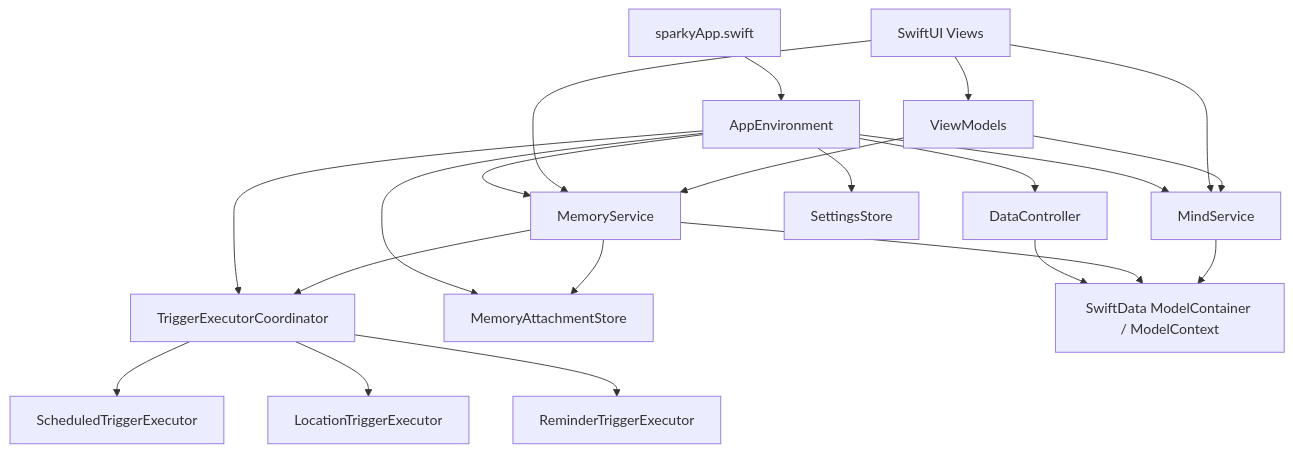
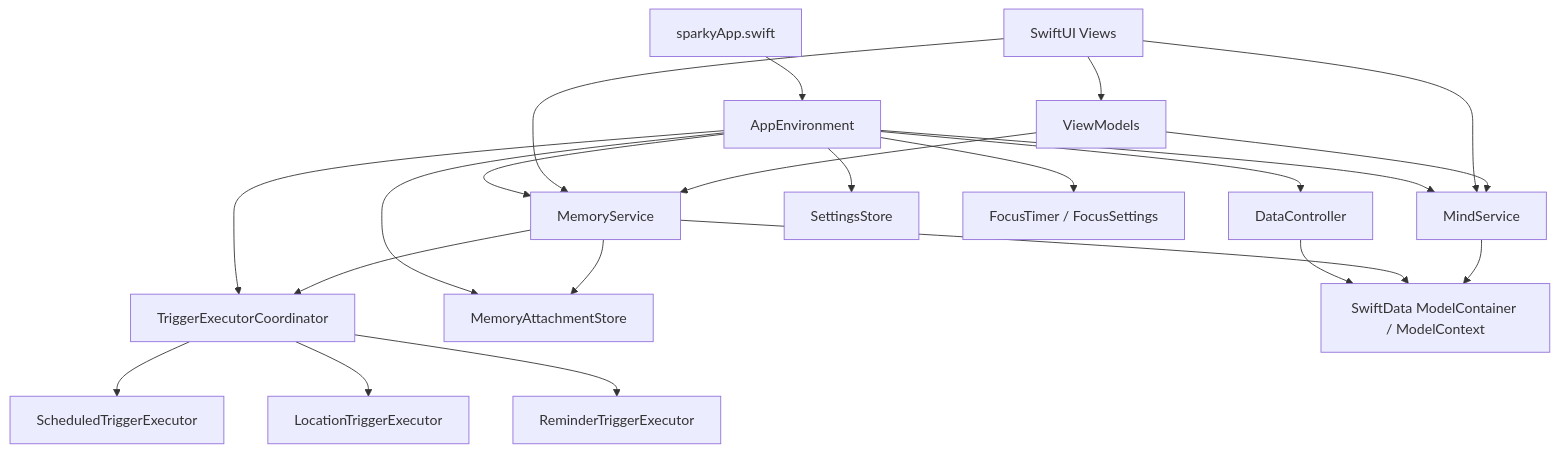
The diagram in docs/architecture.md (rckbrcls/sparky), drawn with Mermaid before and after one commit. The commit also changed other lines of this file and 104 other files, not shown here.

Commit message:
Refactor app architecture and modernize trigger handling

````diff
--- a/docs/architecture.md
+++ b/docs/architecture.md
@@ -7,26 +7,27 @@
 ```mermaid
 flowchart TD
     App["sparkyApp.swift"] --> Environment["AppEnvironment"]
     Environment --> Data["DataController"]
     Environment --> MemoryService["MemoryService"]
     Environment --> MindService["MindService"]
     Environment --> Coordinator["TriggerExecutorCoordinator"]
     Environment --> AttachmentStore["MemoryAttachmentStore"]
     Environment --> Settings["SettingsStore"]
 
     Data --> SwiftData["SwiftData ModelContainer / ModelContext"]
     MemoryService --> SwiftData
     MindService --> SwiftData
     MemoryService --> AttachmentStore
     MemoryService --> Coordinator
 
     Coordinator --> Scheduled["ScheduledTriggerExecutor"]
     Coordinator --> Location["LocationTriggerExecutor"]
     Coordinator --> Reminder["ReminderTriggerExecutor"]
+    Environment --> FocusTimer["FocusTimer / FocusSettings"]
 
     Views["SwiftUI Views"] --> ViewModels["ViewModels"]
     Views --> MemoryService
     Views --> MindService
     ViewModels --> MemoryService
     ViewModels --> MindService
 ```
````
